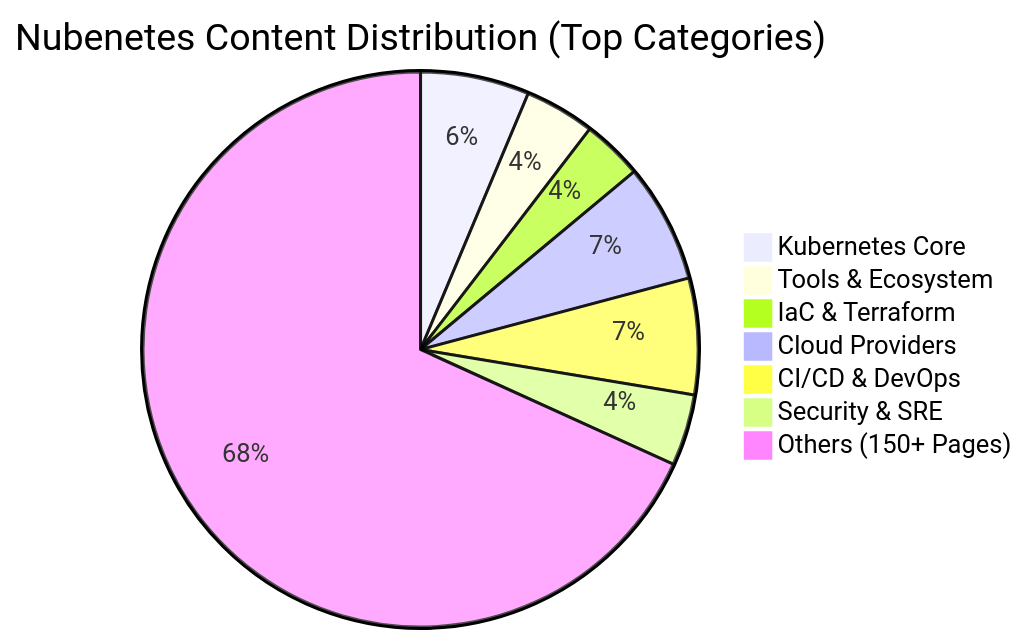
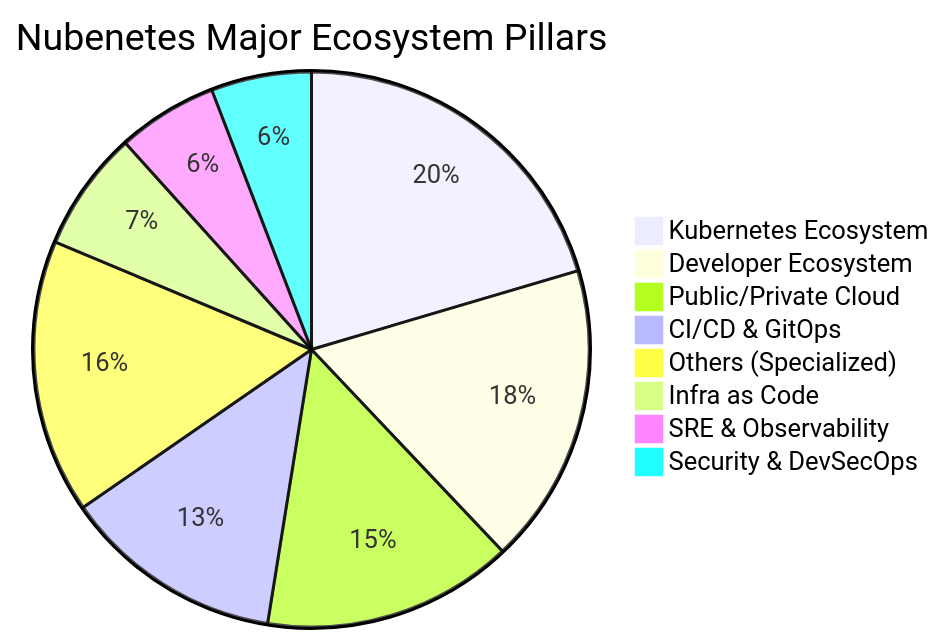
Before and after one commit to nubenetes/awesome-kubernetes: the first of 4 diagrams in README.md, drawn with Mermaid. The commit also changed other lines of this file, not shown here.

Commit message:
docs: enrich content distribution analytics and add agentic stack details

````diff
--- a/README.md
+++ b/README.md
@@ -102,10 +108,11 @@
 ```mermaid
-pie title Nubenetes Content Distribution (Top Categories)
-    "Kubernetes Core" : 1149
-    "Tools & Ecosystem" : 740
-    "IaC & Terraform" : 640
-    "Cloud Providers" : 1253
-    "CI/CD & DevOps" : 1227
-    "Security & SRE" : 754
-    "Others (150+ Pages)" : 12370
+pie title Nubenetes Major Ecosystem Pillars
+    "Kubernetes Ecosystem" : 3500
+    "Developer Ecosystem" : 3000
+    "Public/Private Cloud" : 2500
+    "CI/CD & GitOps" : 2200
+    "Others (Specialized)" : 2733
+    "Infra as Code" : 1200
+    "SRE & Observability" : 1000
+    "Security & DevSecOps" : 1000
 ```
````
